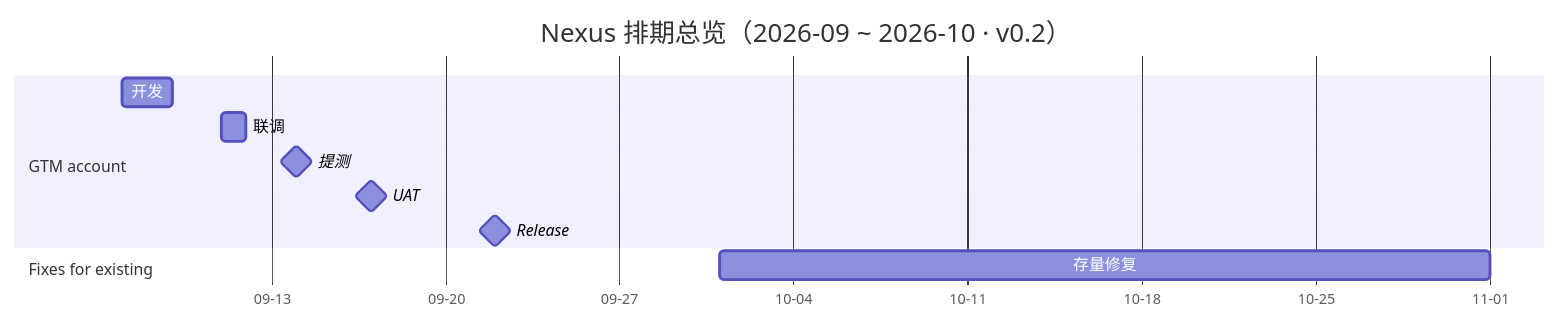
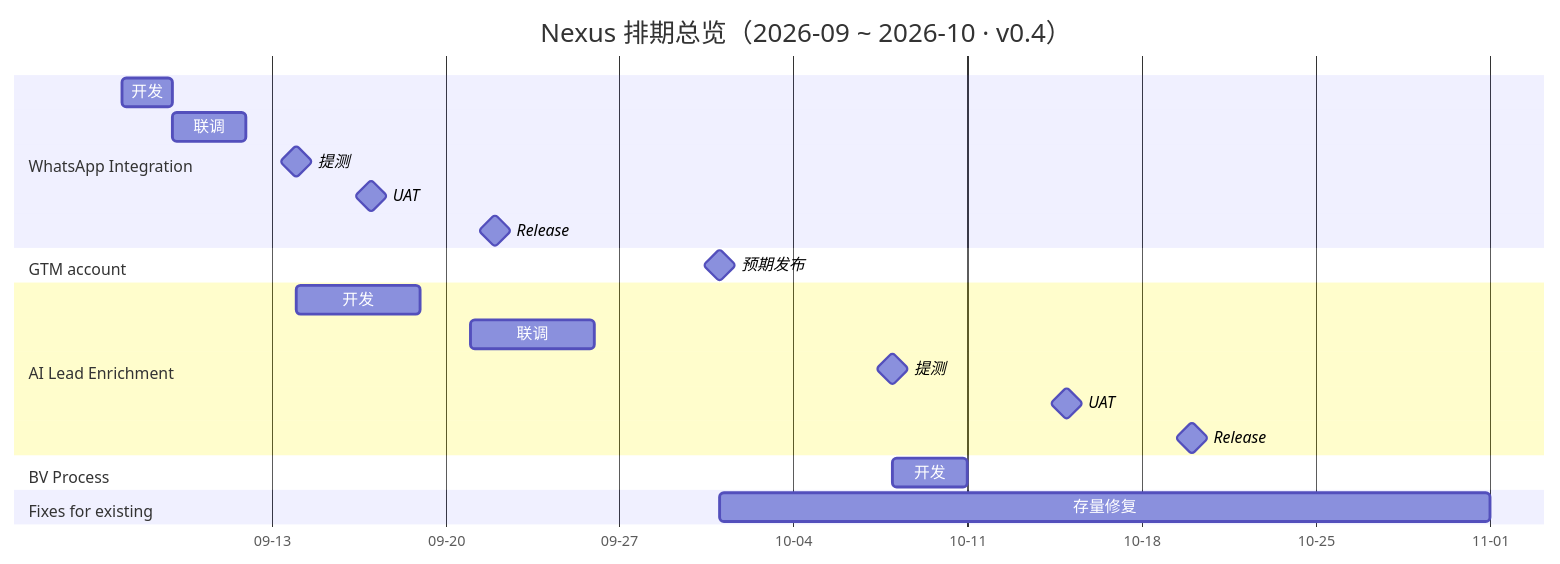
Before and after one commit to junyang-visable/my-ai: the diagram in docs/nexus/ROADMAP.md, drawn with Mermaid. The commit also changed other lines of this file and 1 other file, not shown here.

Commit message:
docs(nexus): roadmap v0.7 — add WhatsApp Integration / AI Lead Enrichment / BV Process schedules

````diff
--- a/docs/nexus/ROADMAP.md
+++ b/docs/nexus/ROADMAP.md
@@ -11,15 +11,25 @@
 ```mermaid
 gantt
-    title Nexus 排期总览（2026-09 ~ 2026-10 · v0.2）
+    title Nexus 排期总览（2026-09 ~ 2026-10 · v0.4）
     dateFormat YYYY-MM-DD
     axisFormat %m-%d
     todayMarker off
-    section GTM account
+    section WhatsApp Integration
     开发    :2026-09-07, 2d
-    联调    :2026-09-11, 1d
+    联调    :2026-09-09, 3d
     提测    :milestone, 2026-09-14, 0d
     UAT     :milestone, 2026-09-17, 0d
     Release :milestone, 2026-09-22, 0d
+    section GTM account
+    预期发布 :milestone, 2026-10-01, 0d
+    section AI Lead Enrichment
+    开发    :2026-09-14, 5d
+    联调    :2026-09-21, 5d
+    提测    :milestone, 2026-10-08, 0d
+    UAT     :milestone, 2026-10-15, 0d
+    Release :milestone, 2026-10-20, 0d
+    section BV Process
+    开发    :2026-10-08, 3d
     section Fixes for existing
     存量修复 :2026-10-01, 31d
 ```
````
